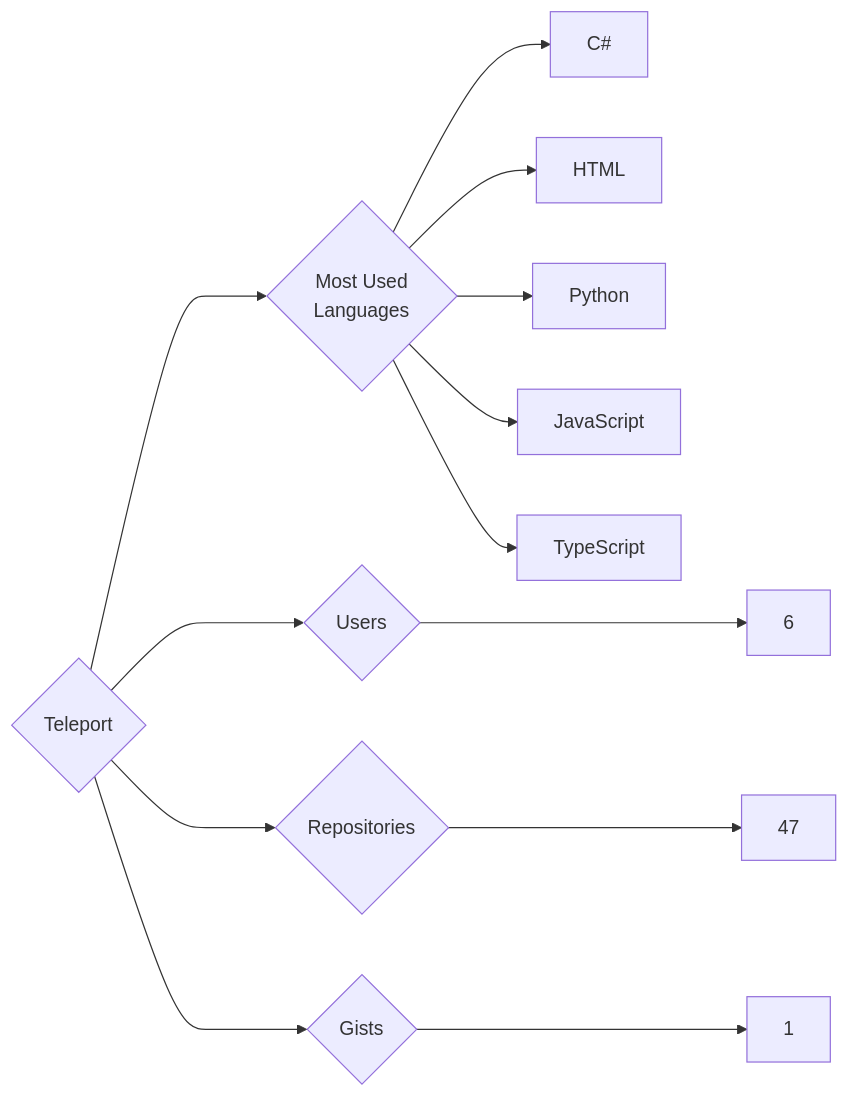
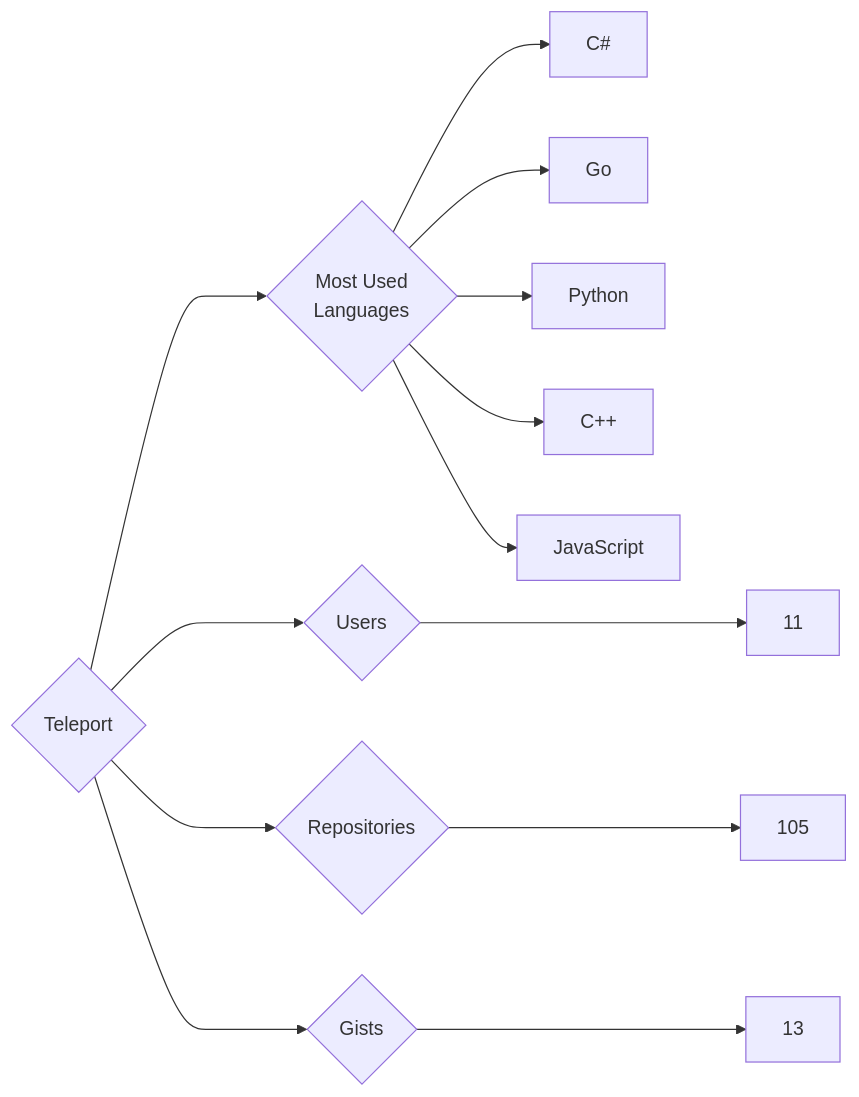
The diagram in targets/Teleport/README.md (trickest/insiders), drawn with Mermaid before and after one commit. The commit also changed 1508 other files, not shown here.

````diff
--- a/targets/Teleport/README.md
+++ b/targets/Teleport/README.md
@@ -3,13 +3,13 @@
 ```mermaid
 graph LR
 COMPANY_NAME{Teleport}
-COMPANY_NAME ---> U{Users} ---> UN[6]
-COMPANY_NAME ---> R{Repositories} ---> RN[47]
-COMPANY_NAME ---> G{Gists} ---> GN[1]
+COMPANY_NAME ---> U{Users} ---> UN[11]
+COMPANY_NAME ---> R{Repositories} ---> RN[105]
+COMPANY_NAME ---> G{Gists} ---> GN[13]
 COMPANY_NAME ---> ML{Most Used<br>Languages}
 ML --> C#[C#]
-ML --> HTML[HTML]
+ML --> Go[Go]
 ML --> Python[Python]
+ML --> C++[C++]
 ML --> JavaScript[JavaScript]
-ML --> TypeScript[TypeScript]
 ```
````
